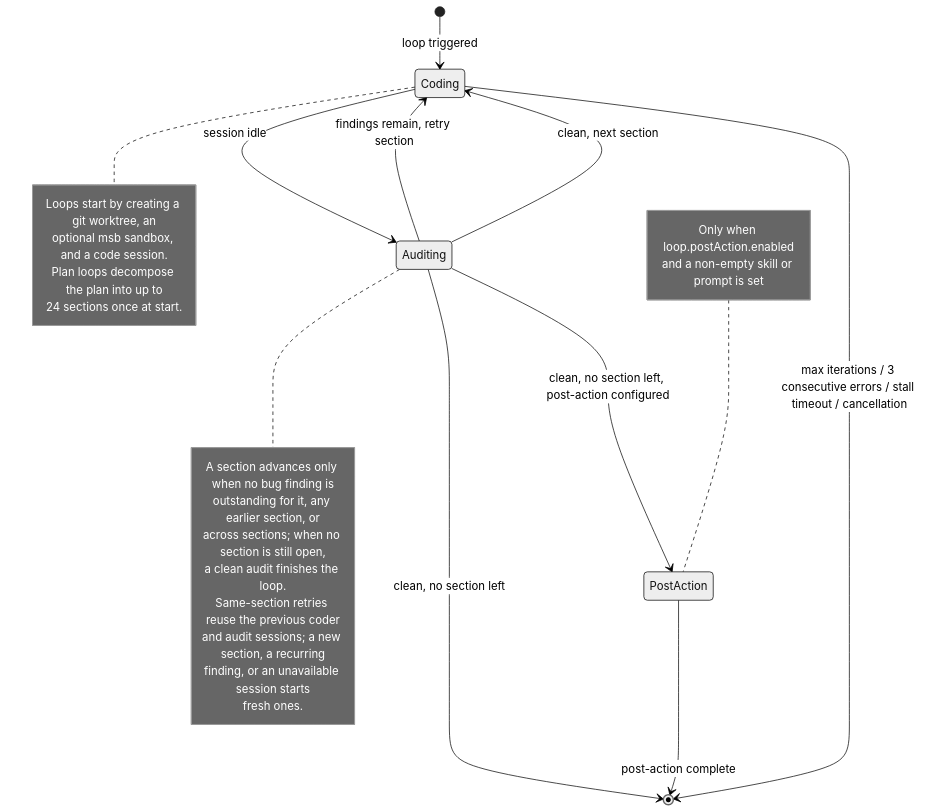
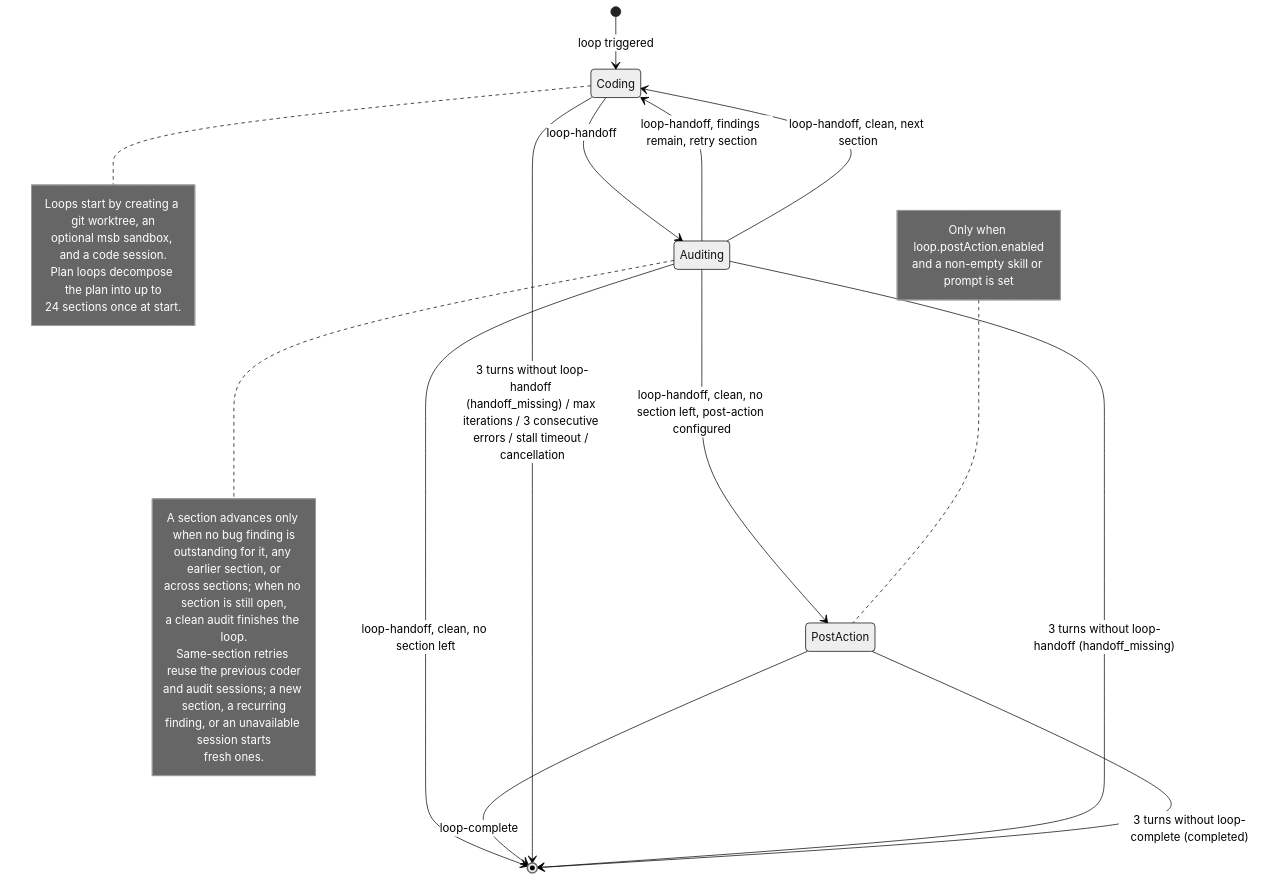
The diagram in diagrams/loop-flow.mmd (chriswritescode-dev/opencode-forge), drawn with Mermaid (neutral theme) before and after one commit. The commit also changed 83 other files, not shown here.

```diff
--- a/diagrams/loop-flow.mmd
+++ b/diagrams/loop-flow.mmd
@@ -1,32 +1,34 @@
-%% Regenerate: mmdc -i diagrams/loop-flow.mmd -o /tmp/loop-flow.png -b white -s 2
-%%             magick /tmp/loop-flow.png -quality 90 diagrams/loop-flow.webp
+%% Regenerate: PUPPETEER_EXECUTABLE_PATH=$(command -v chromium) pnpm dlx @mermaid-js/mermaid-cli -i diagrams/loop-flow.mmd -o /tmp/loop-flow.png -w 1600 -b white
+%%             cwebp -q 90 /tmp/loop-flow.png -o diagrams/loop-flow.webp
 stateDiagram-v2
     direction TB
     [*] --> Coding: loop triggered
-    Coding --> Auditing: session idle
-    Auditing --> Coding: findings remain, retry section
-    Auditing --> Coding: clean, next section
-    Auditing --> PostAction: clean, no section left, post-action configured
-    Auditing --> [*]: clean, no section left
-    PostAction --> [*]: post-action complete
-    Coding --> [*]: max iterations / 3 consecutive errors / stall timeout / cancellation
+    Coding --> Auditing: loop-handoff
+    Auditing --> Coding: loop-handoff, findings remain, retry section
+    Auditing --> Coding: loop-handoff, clean, next section
+    Auditing --> PostAction: loop-handoff, clean, no section left, post-action configured
+    Auditing --> [*]: loop-handoff, clean, no section left
+    PostAction --> [*]: loop-complete
+    Coding --> [*]: 3 turns without loop-handoff (handoff_missing) / max iterations / 3 consecutive errors / stall timeout / cancellation
+    Auditing --> [*]: 3 turns without loop-handoff (handoff_missing)
+    PostAction --> [*]: 3 turns without loop-complete (completed)
     note right of Coding
         Loops start by creating a git worktree, an
         optional msb sandbox, and a code session.
         Plan loops decompose the plan into up to
         24 sections once at start.
     end note
     note right of Auditing
         A section advances only when no bug finding is
         outstanding for it, any earlier section, or
         across sections; when no section is still open,
         a clean audit finishes the loop.
         Same-section retries reuse the previous coder
         and audit sessions; a new section, a recurring
         finding, or an unavailable session starts
         fresh ones.
     end note
     note left of PostAction
         Only when loop.postAction.enabled
         and a non-empty skill or prompt is set
     end note
```
